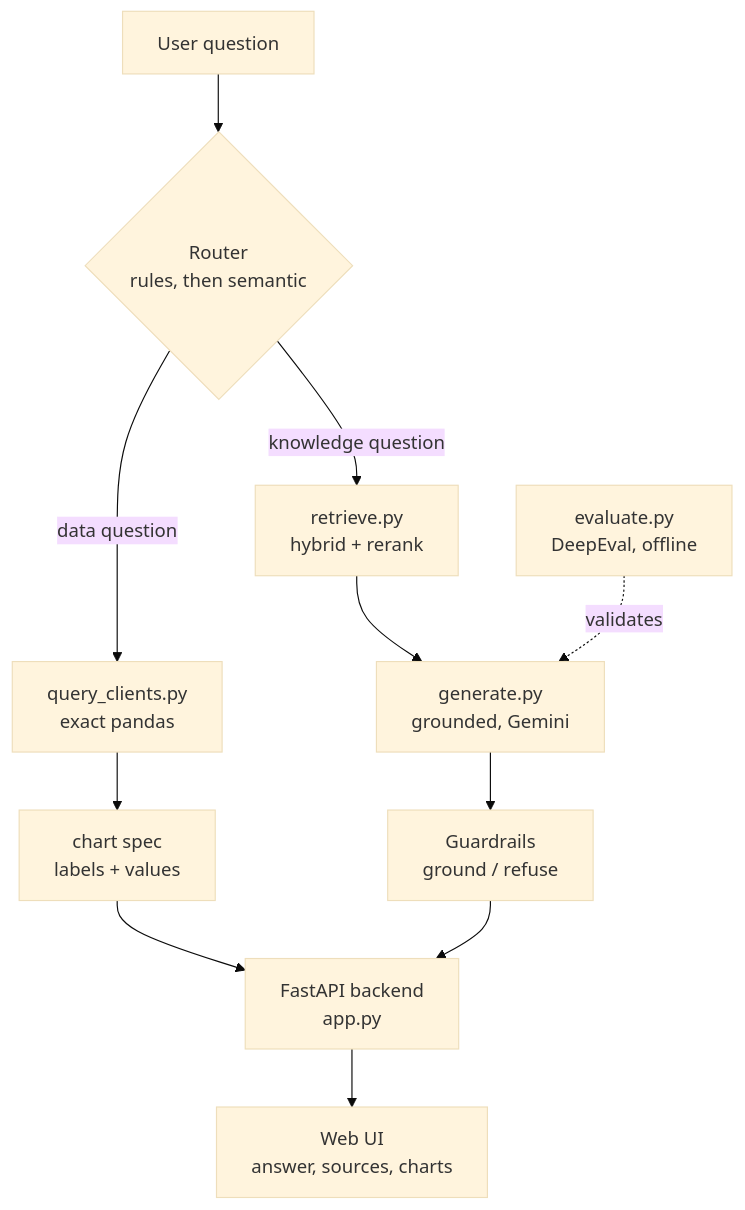
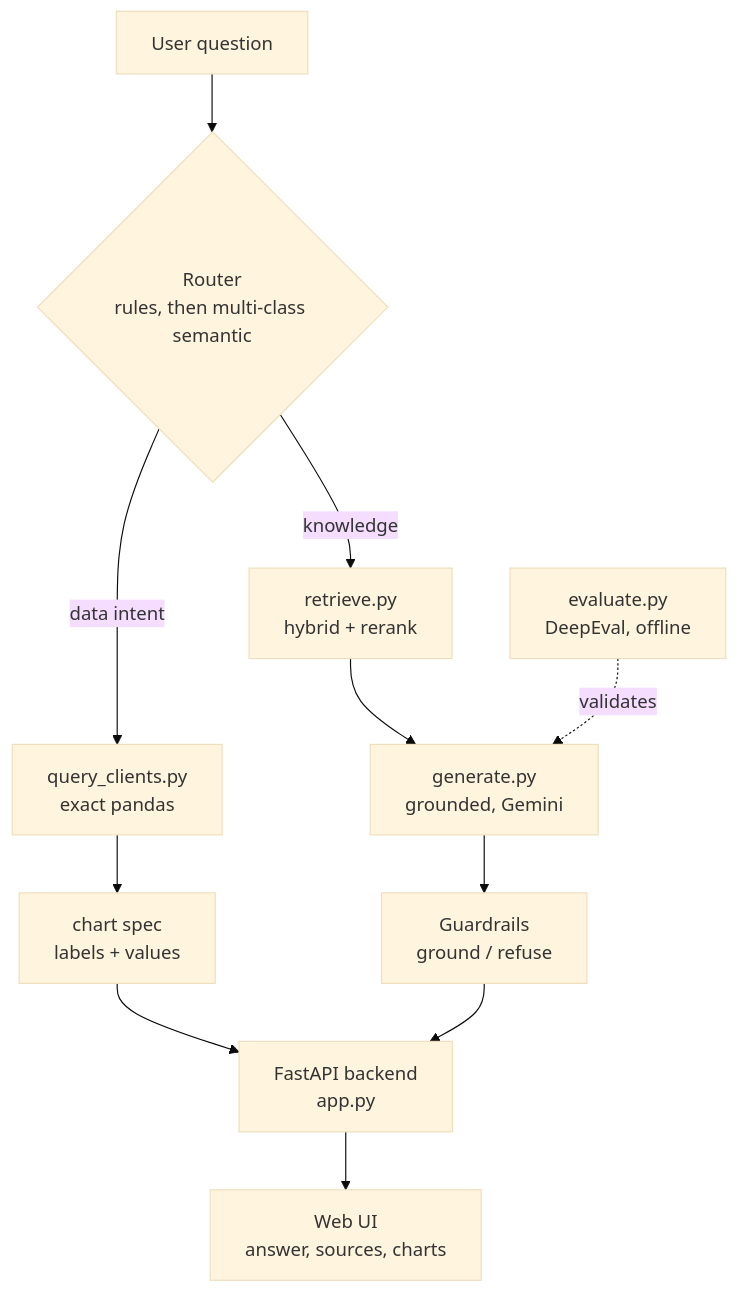
The second of 2 diagrams in README.md (WalidGhorbel/banking-assistant), drawn with Mermaid (base theme) before and after one commit. The commit also changed other lines of this file, not shown here.

````diff
--- a/README.md
+++ b/README.md
@@ -43,13 +47,13 @@
 ```mermaid
 flowchart TD
-    U[User question] --> R{Router<br/>rules, then semantic}
-    R -->|data question| D1[query_clients.py<br/>exact pandas]
-    R -->|knowledge question| G1[retrieve.py<br/>hybrid + rerank]
+    U[User question] --> R{Router<br/>rules, then multi-class semantic}
+    R -->|data intent| D1[query_clients.py<br/>exact pandas]
+    R -->|knowledge| G1[retrieve.py<br/>hybrid + rerank]
     D1 --> D2[chart spec<br/>labels + values]
     G1 --> G2[generate.py<br/>grounded, Gemini]
     G2 --> GD[Guardrails<br/>ground / refuse]
     D2 --> API[FastAPI backend<br/>app.py]
     GD --> API
     API --> UI[Web UI<br/>answer, sources, charts]
     EV[evaluate.py<br/>DeepEval, offline] -.validates.-> G2
 ```
````
